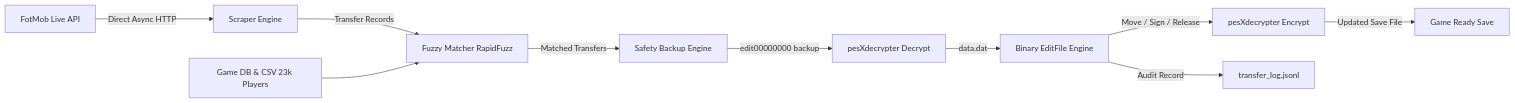
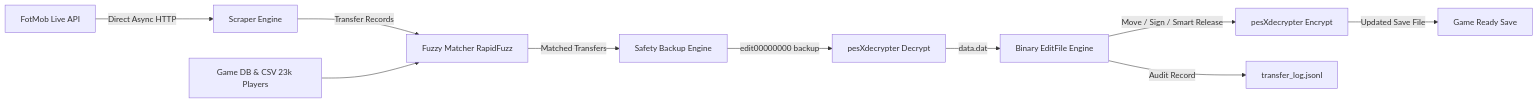
The diagram in README.md (gvoze32/fldailyedit), drawn with Mermaid before and after one commit. The commit also changed other lines of this file, not shown here.

````diff
--- a/README.md
+++ b/README.md
@@ -34,12 +27,12 @@
 ```mermaid
 graph LR
     A[FotMob Live API] -->|Direct Async HTTP| B[Scraper Engine]
     B -->|Transfer Records| C[Fuzzy Matcher RapidFuzz]
     D[Game DB & CSV 23k Players] --> C
     C -->|Matched Transfers| E[Safety Backup Engine]
     E -->|edit00000000 backup| F[pesXdecrypter Decrypt]
     F -->|data.dat| G[Binary EditFile Engine]
-    G -->|Move / Sign / Release| H[pesXdecrypter Encrypt]
+    G -->|Move / Sign / Smart Release| H[pesXdecrypter Encrypt]
     H -->|Updated Save File| I[Game Ready Save]
     G -->|Audit Record| J[transfer_log.jsonl]
 ```
````
